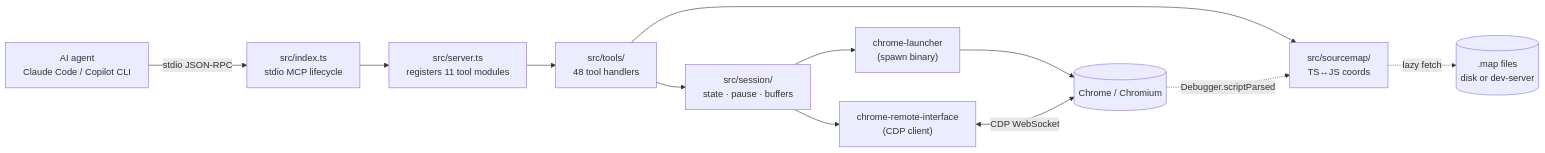
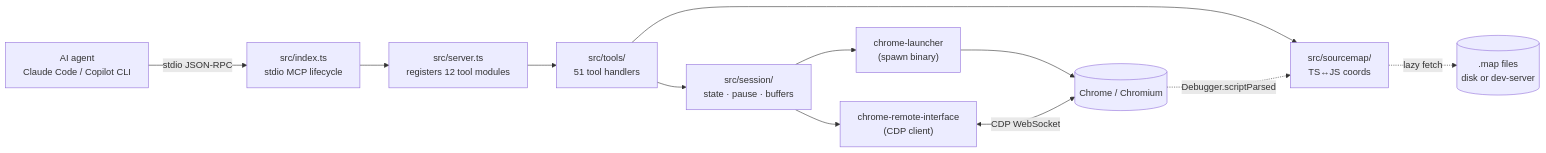
One commit to lcjanke2020/lynceus changed the first of 6 diagrams in docs/ARCHITECTURE.md. Above: the diagram before and after it, drawn with Mermaid. The commit also changed other lines of this file and 7 other files, not shown here.

````diff
--- a/docs/ARCHITECTURE.md
+++ b/docs/ARCHITECTURE.md
@@ -19,25 +19,25 @@
 ```mermaid
 flowchart LR
     Agent["AI agent<br/>Claude Code / Copilot CLI"]
     Index["src/index.ts<br/>stdio MCP lifecycle"]
-    Server["src/server.ts<br/>registers 11 tool modules"]
-    Tools["src/tools/<br/>48 tool handlers"]
+    Server["src/server.ts<br/>registers 12 tool modules"]
+    Tools["src/tools/<br/>51 tool handlers"]
     Session["src/session/<br/>state · pause · buffers"]
     Sourcemap["src/sourcemap/<br/>TS↔JS coords"]
     CRI["chrome-remote-interface<br/>(CDP client)"]
     Launcher["chrome-launcher<br/>(spawn binary)"]
     Chrome[("Chrome / Chromium")]
     Maps[(".map files<br/>disk or dev-server")]
 
     Agent -- "stdio JSON-RPC" --> Index
     Index --> Server
     Server --> Tools
     Tools --> Session
     Tools --> Sourcemap
     Session --> CRI
     Session --> Launcher
     Launcher --> Chrome
     CRI <-- "CDP WebSocket" --> Chrome
     Chrome -. "Debugger.scriptParsed" .-> Sourcemap
     Sourcemap -. "lazy fetch" .-> Maps
 ```
````
